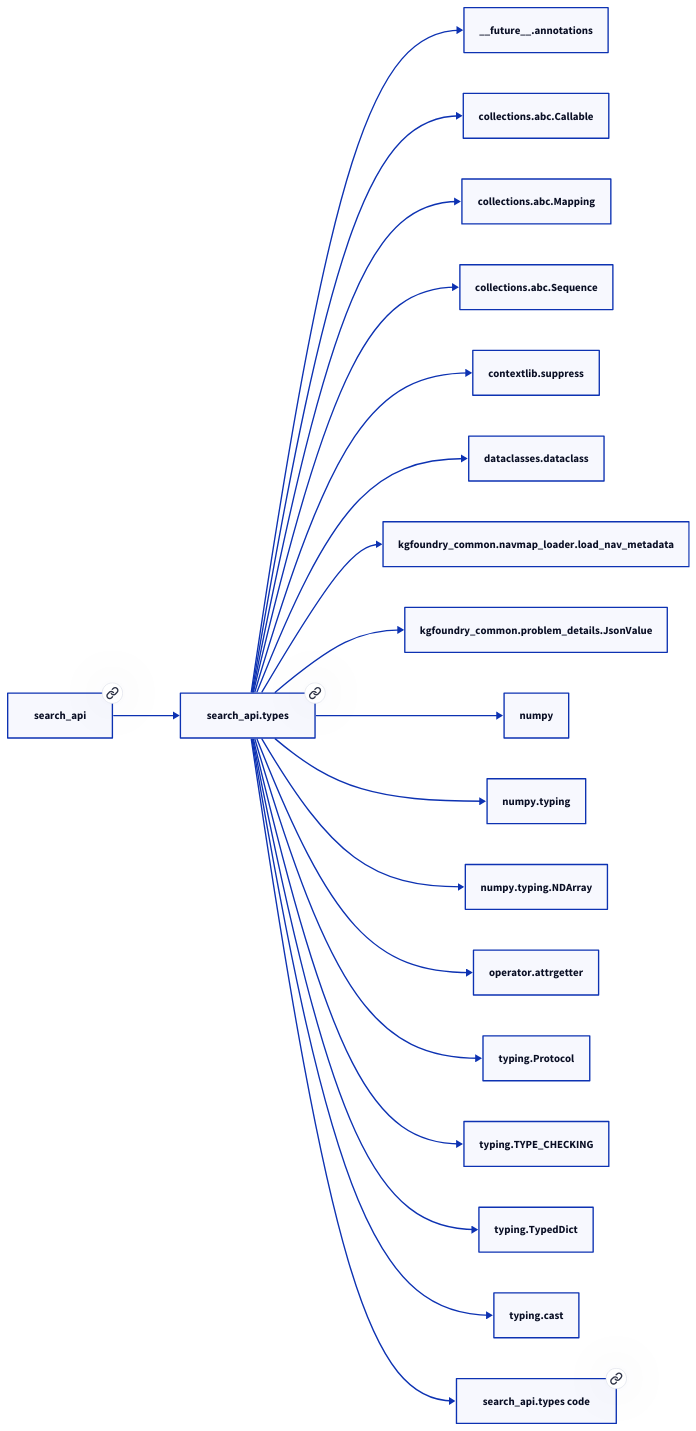
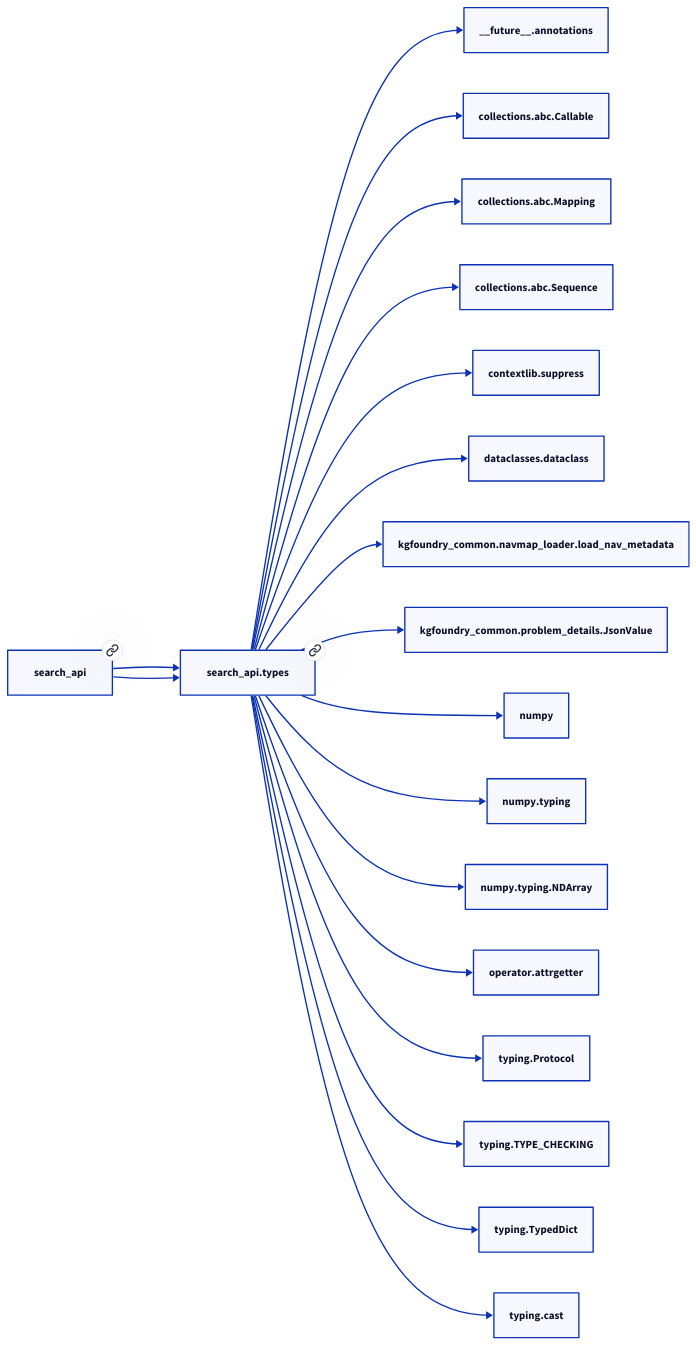
The second of 2 diagrams in docs/modules/search_api/types.md (paul-heyse/kgforge), drawn with D2 before and after one commit. The commit also changed other lines of this file and 208 other files, not shown here.

````diff
--- a/docs/modules/search_api/types.md
+++ b/docs/modules/search_api/types.md
@@ -145,40 +149,39 @@
 ```d2
 direction: right
-"search_api.types": "search_api.types" { link: "./search_api/types.md" }
+"search_api.types": "search_api.types" { link: "https://github.com/paul-heyse/kgfoundry/blob/main/src/search_api/types.py" }
 "__future__.annotations": "__future__.annotations"
 "search_api.types" -> "__future__.annotations"
 "collections.abc.Callable": "collections.abc.Callable"
 "search_api.types" -> "collections.abc.Callable"
 "collections.abc.Mapping": "collections.abc.Mapping"
 "search_api.types" -> "collections.abc.Mapping"
 "collections.abc.Sequence": "collections.abc.Sequence"
 "search_api.types" -> "collections.abc.Sequence"
 "contextlib.suppress": "contextlib.suppress"
 "search_api.types" -> "contextlib.suppress"
 "dataclasses.dataclass": "dataclasses.dataclass"
 "search_api.types" -> "dataclasses.dataclass"
 "kgfoundry_common.navmap_loader.load_nav_metadata": "kgfoundry_common.navmap_loader.load_nav_metadata"
 "search_api.types" -> "kgfoundry_common.navmap_loader.load_nav_metadata"
 "kgfoundry_common.problem_details.JsonValue": "kgfoundry_common.problem_details.JsonValue"
 "search_api.types" -> "kgfoundry_common.problem_details.JsonValue"
 "numpy": "numpy"
 "search_api.types" -> "numpy"
 "numpy.typing": "numpy.typing"
 "search_api.types" -> "numpy.typing"
 "numpy.typing.NDArray": "numpy.typing.NDArray"
 "search_api.types" -> "numpy.typing.NDArray"
 "operator.attrgetter": "operator.attrgetter"
 "search_api.types" -> "operator.attrgetter"
 "typing.Protocol": "typing.Protocol"
 "search_api.types" -> "typing.Protocol"
 "typing.TYPE_CHECKING": "typing.TYPE_CHECKING"
 "search_api.types" -> "typing.TYPE_CHECKING"
 "typing.TypedDict": "typing.TypedDict"
 "search_api.types" -> "typing.TypedDict"
 "typing.cast": "typing.cast"
 "search_api.types" -> "typing.cast"
-"search_api": "search_api" { link: "./search_api.md" }
+"search_api": "search_api" { link: "https://github.com/paul-heyse/kgfoundry/blob/main/src/search_api/__init__.py" }
 "search_api" -> "search_api.types"
-"search_api.types_code": "search_api.types code" { link: "https://github.com/kgfoundry/kgfoundry/blob/main/src/search_api/types.py" }
-"search_api.types" -> "search_api.types_code" { style: dashed }
+"search_api" -> "search_api.types" { style: dashed }
 ```
````
